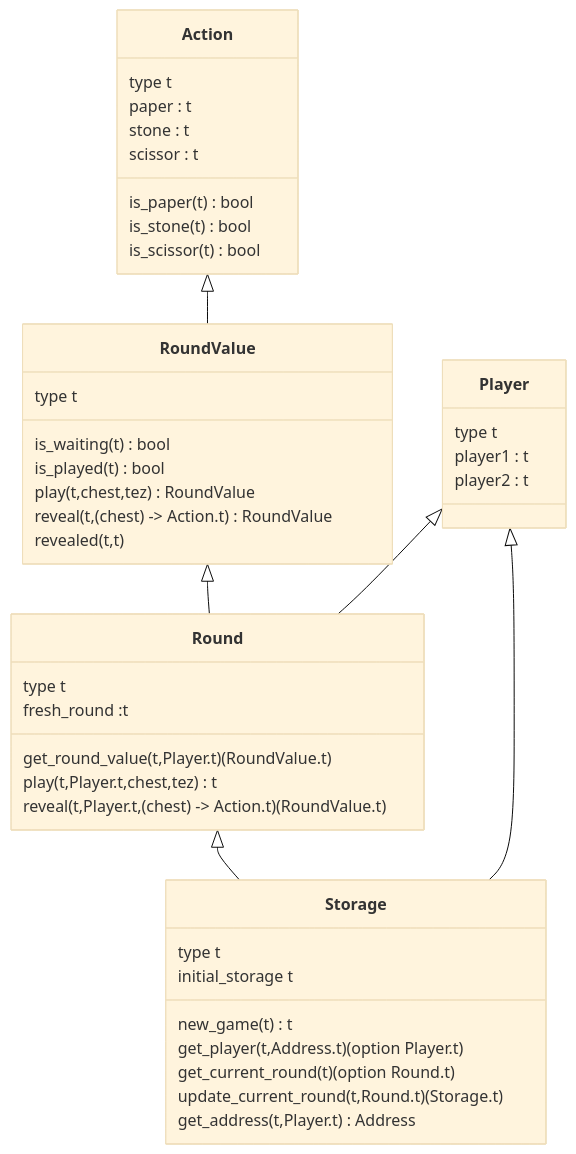
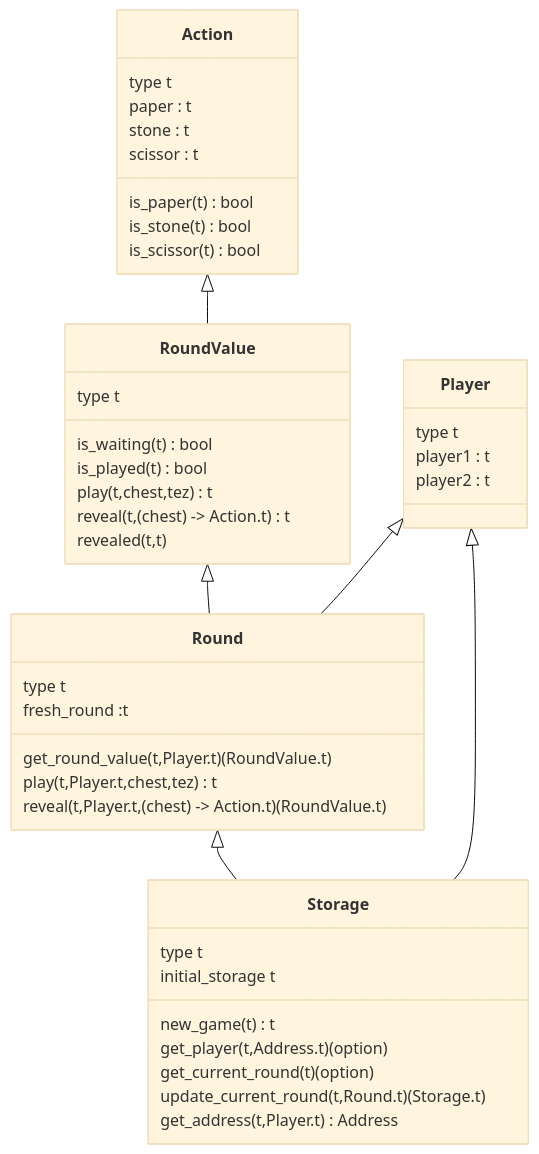
The fifth of 5 diagrams in v3/README.md (ligolang/jsligo-training-dapp-shifumi), drawn with Mermaid (base theme) before and after one commit.

Commit message:
Documentation

````diff
--- a/v3/README.md
+++ b/v3/README.md
@@ -77,51 +77,51 @@
 ```mermaid
 classDiagram
     Action <|-- RoundValue
     RoundValue <|-- Round
     Round <|-- Storage
     Player <|-- Round
     Player <|-- Storage
 
     class Action{
          type t
          paper : t
          stone : t
          scissor : t
          is_paper(t) bool
          is_stone(t) bool
          is_scissor(t) bool
     }
             
     class Player{
          type t
          player1 : t
          player2 : t
     }
 
     class RoundValue{
          type t
          is_waiting(t) bool
          is_played(t) bool
-         play(t,chest,tez) RoundValue
-         reveal(t,(chest) -> Action.t) RoundValue
+         play(t,chest,tez) t
+         reveal(t,(chest) -> Action.t) t
          revealed(t,t) 
     }
 
     class Round{
          type t
          fresh_round :t
          get_round_value(t,Player.t) (RoundValue.t)
          play(t,Player.t,chest,tez) t
          reveal(t,Player.t,(chest) -> Action.t) (RoundValue.t)
     }
 
     class Storage{
          type t
          initial_storage t
          new_game(t) t
-         get_player(t,Address.t) (option Player.t)
-         get_current_round(t) (option Round.t)
+         get_player(t,Address.t) (option<Player.t>)
+         get_current_round(t) (option<Round.t>)
          update_current_round(t,Round.t) (Storage.t)
          get_address(t,Player.t) Address
     }
 ```
````
